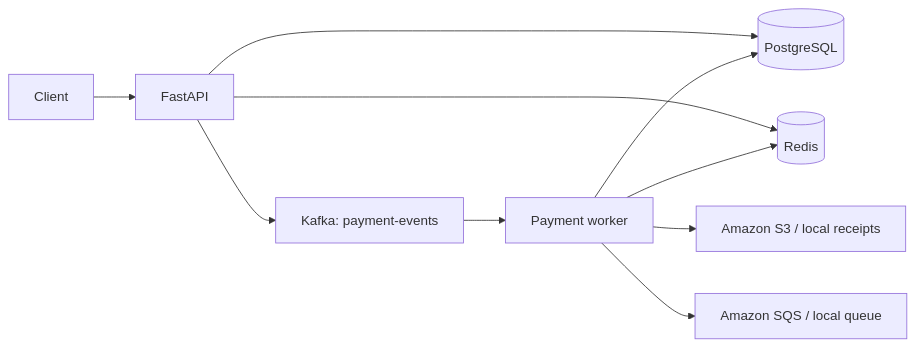
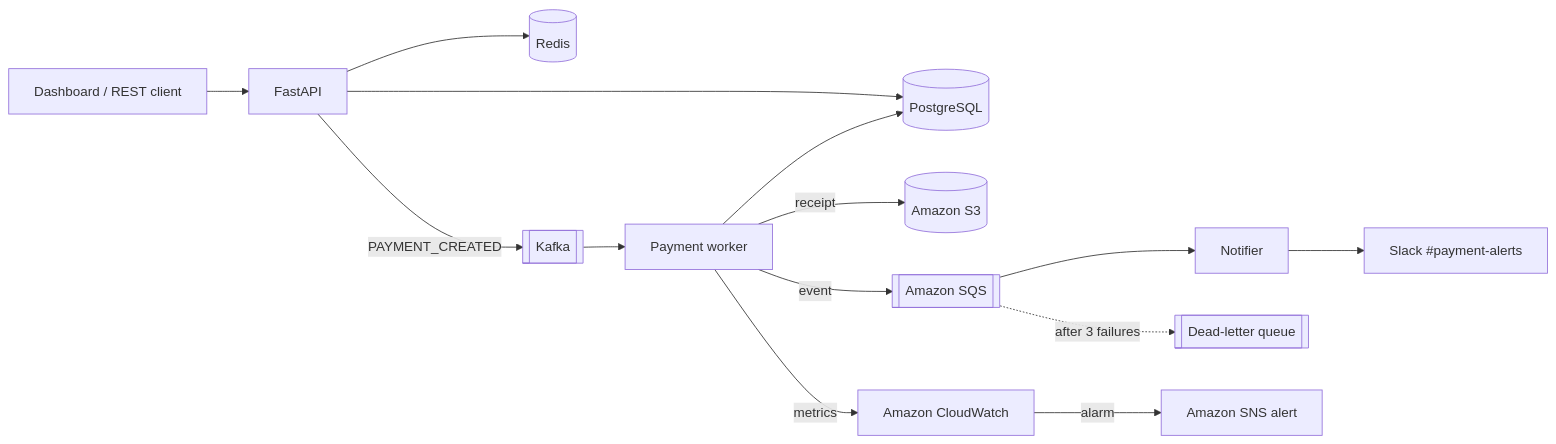
Before and after one commit to anuranganathan/LedgerFlow: the diagram in README.md, drawn with Mermaid. The commit also changed other lines of this file, not shown here.

Commit message:
docs: document architecture, CI/CD, AWS setup and monitoring

````diff
--- a/README.md
+++ b/README.md
@@ -18,12 +11,16 @@
 ```mermaid
 flowchart LR
-    Client --> API[FastAPI]
+    Client[Dashboard / REST client] --> API[FastAPI]
     API --> DB[(PostgreSQL)]
     API --> Cache[(Redis)]
-    API --> Kafka[Kafka: payment-events]
+    API -- PAYMENT_CREATED --> Kafka[[Kafka]]
     Kafka --> Worker[Payment worker]
     Worker --> DB
-    Worker --> Cache
-    Worker --> S3[Amazon S3 / local receipts]
-    Worker --> SQS[Amazon SQS / local queue]
+    Worker -- receipt --> S3[(Amazon S3)]
+    Worker -- event --> SQS[[Amazon SQS]]
+    Worker -- metrics --> CW[Amazon CloudWatch]
+    SQS --> Notifier[Notifier]
+    Notifier --> Slack[Slack #payment-alerts]
+    SQS -. after 3 failures .-> DLQ[[Dead-letter queue]]
+    CW -- alarm --> SNS[Amazon SNS alert]
 ```
````
